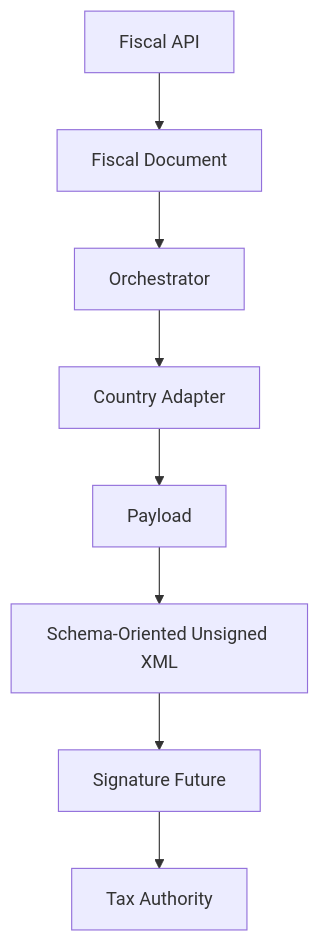
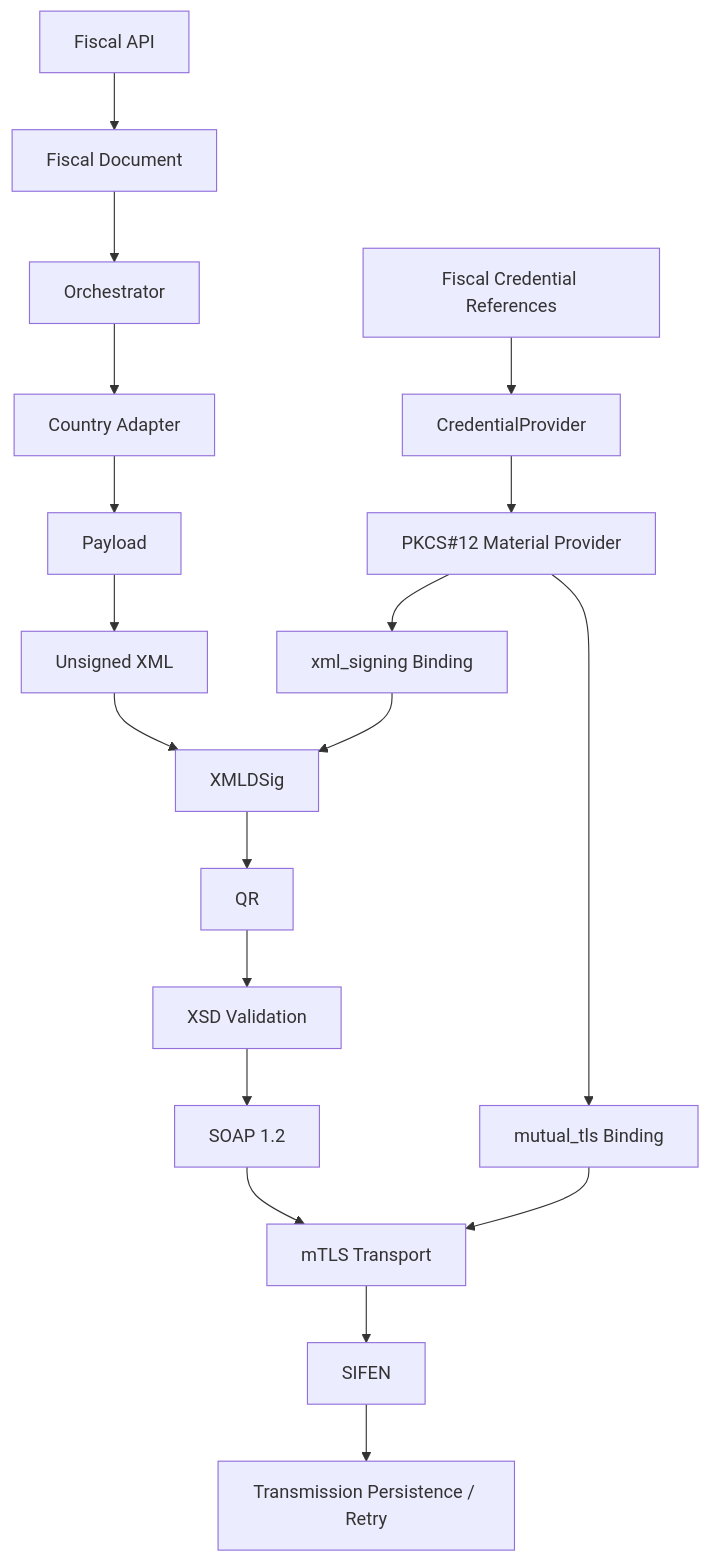
The diagram in docs/diagrams/architecture.mmd (betopindu/odoo-restaurant-suite), drawn with Mermaid before and after one commit. The commit also changed 7 other files, not shown here.

Commit message:
Document qualified SIFEN certificate lifecycle

```diff
--- a/docs/diagrams/architecture.mmd
+++ b/docs/diagrams/architecture.mmd
@@ -1,16 +1,21 @@
 flowchart TD
 
-A[Fiscal API]
---> B[Fiscal Document]
+A[Fiscal API] --> B[Fiscal Document]
+B --> C[Orchestrator]
+C --> D[Country Adapter]
+D --> E[Payload]
+E --> F[Unsigned XML]
+F --> G[XMLDSig]
+G --> H[QR]
+H --> I[XSD Validation]
+I --> J[SOAP 1.2]
+J --> K[mTLS Transport]
+K --> L[SIFEN]
+L --> M[Transmission Persistence / Retry]
 
-B --> C[Orchestrator]
-
-C --> D[Country Adapter]
-
-D --> E[Payload]
-
-E --> F[Schema-Oriented Unsigned XML]
-
-F --> G[Signature Future]
-
-G --> H[Tax Authority]
+N[Fiscal Credential References] --> O[CredentialProvider]
+O --> P[PKCS#12 Material Provider]
+P --> Q[xml_signing Binding]
+P --> R[mutual_tls Binding]
+Q --> G
+R --> K
```
